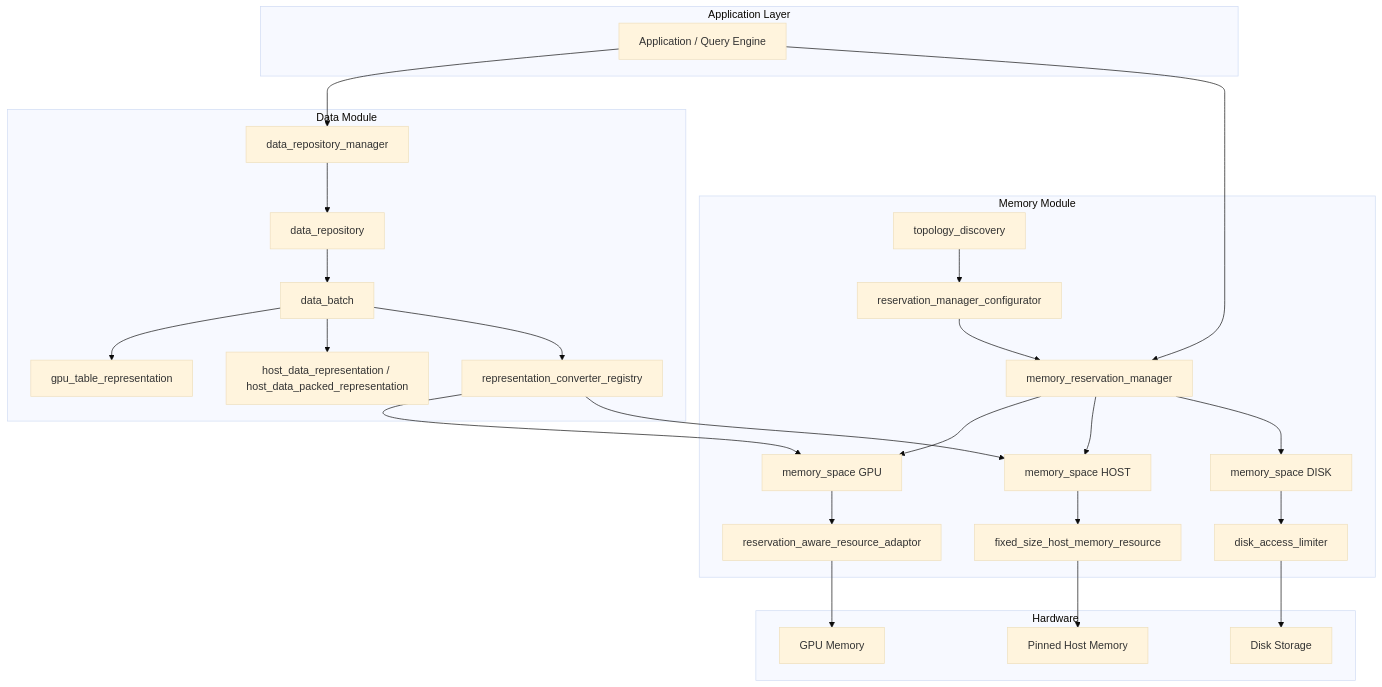
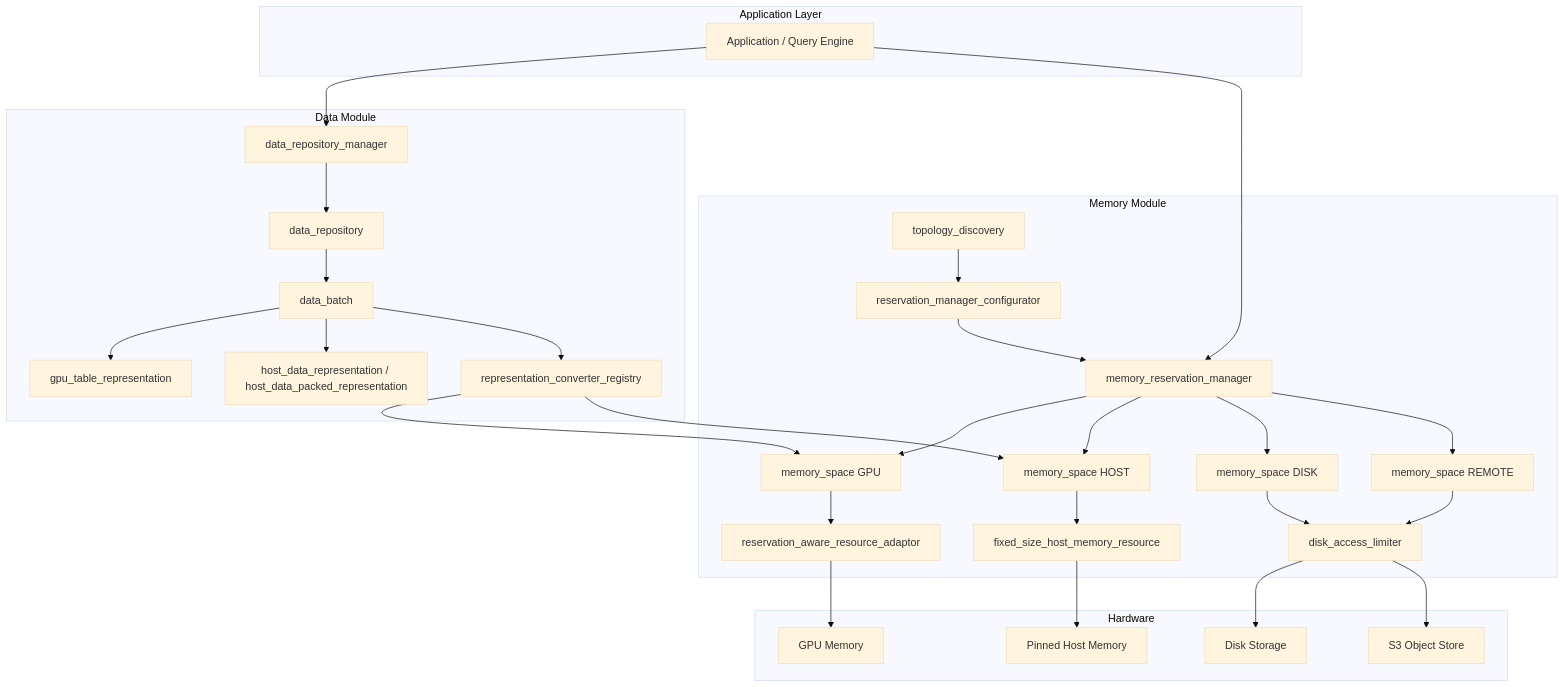
One commit to NVIDIA/cuCascade changed the first of 3 diagrams in docs/ARCHITECTURE.md. Above: the diagram before and after it, drawn with Mermaid (base theme). The commit also changed other lines of this file and 7 other files, not shown here.

````diff
--- a/docs/ARCHITECTURE.md
+++ b/docs/ARCHITECTURE.md
@@ -39,58 +39,63 @@
 ```mermaid
 graph TB
     subgraph "Application Layer"
         APP[Application / Query Engine]
     end
 
     subgraph "Data Module"
         DRM[data_repository_manager]
         DR[data_repository]
         DB[data_batch]
         RC[representation_converter_registry]
         GPU_REP[gpu_table_representation]
         HOST_REP[host_data_representation / host_data_packed_representation]
     end
 
     subgraph "Memory Module"
         MRM[memory_reservation_manager]
         MS_GPU[memory_space GPU]
         MS_HOST[memory_space HOST]
         MS_DISK[memory_space DISK]
+        MS_REMOTE[memory_space REMOTE]
         RARA[reservation_aware_resource_adaptor]
         FSHMR[fixed_size_host_memory_resource]
         DAL[disk_access_limiter]
         TD[topology_discovery]
         RMC[reservation_manager_configurator]
     end
 
     subgraph "Hardware"
         GPU_MEM[GPU Memory]
         HOST_MEM[Pinned Host Memory]
         DISK_MEM[Disk Storage]
+        REMOTE_MEM[S3 Object Store]
     end
 
     APP --> DRM
     APP --> MRM
     DRM --> DR
     DR --> DB
     DB --> GPU_REP
     DB --> HOST_REP
     DB --> RC
 
     MRM --> MS_GPU
     MRM --> MS_HOST
     MRM --> MS_DISK
+    MRM --> MS_REMOTE
     TD --> RMC
     RMC --> MRM
 
     MS_GPU --> RARA
     MS_HOST --> FSHMR
     MS_DISK --> DAL
+    MS_REMOTE --> DAL
 
     RARA --> GPU_MEM
     FSHMR --> HOST_MEM
     DAL --> DISK_MEM
+    DAL --> REMOTE_MEM
 
     RC --> MS_GPU
     RC --> MS_HOST
 ```
````
